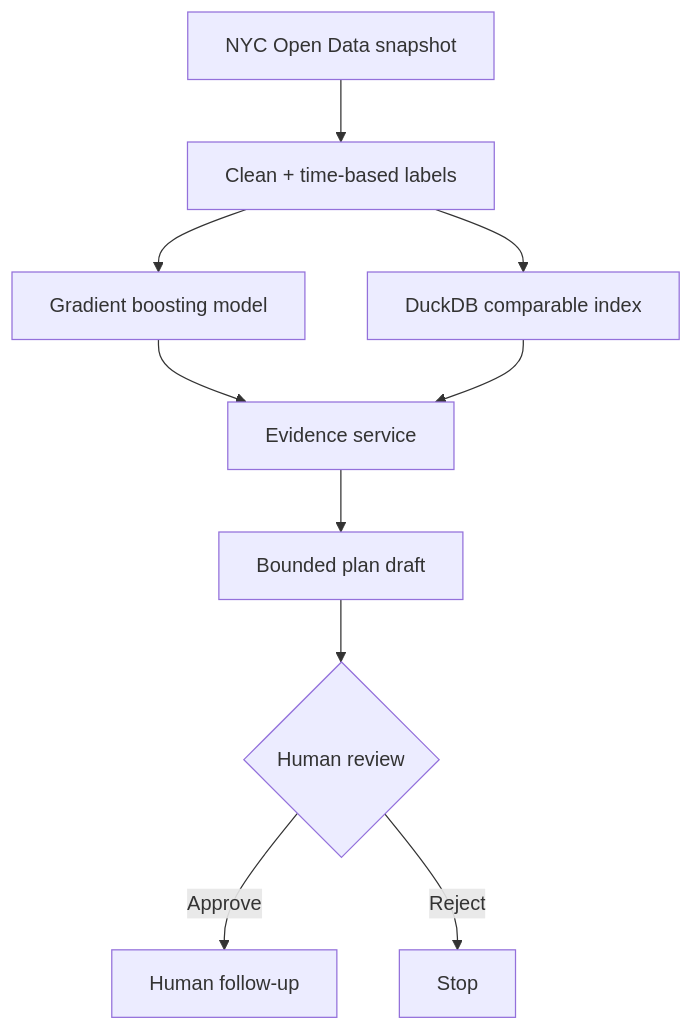
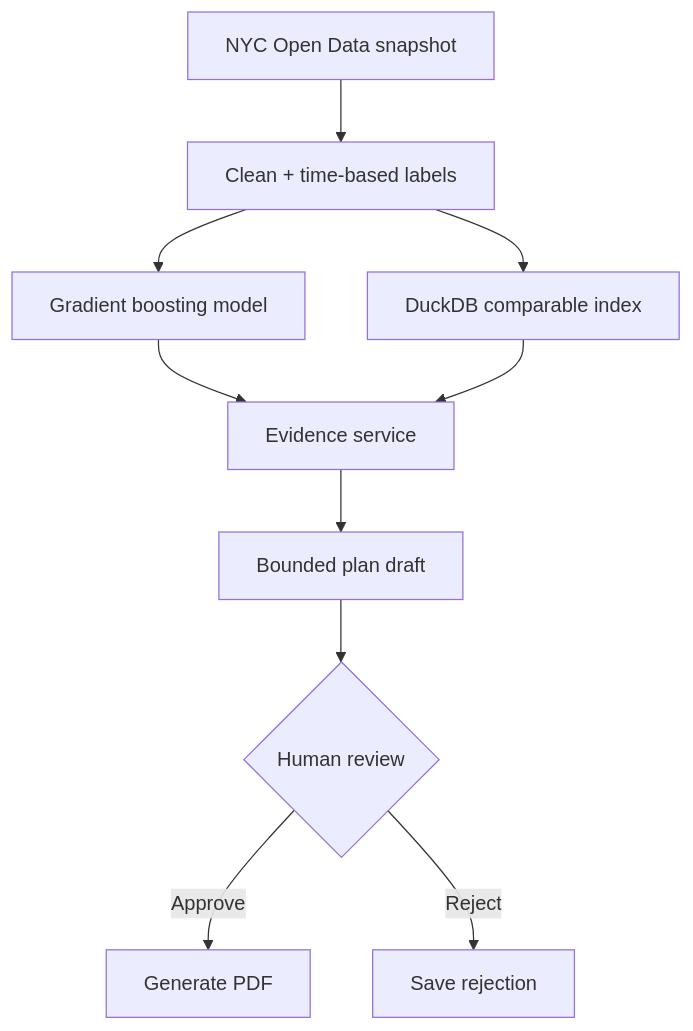
One commit to ivky03/permitpulse-ai changed the diagram in README.md. Above: the diagram before and after it, drawn with Mermaid. The commit also changed other lines of this file and 22 other files, not shown here.

````diff
--- a/README.md
+++ b/README.md
@@ -16,12 +17,12 @@
 ```mermaid
 flowchart TD
     A["NYC Open Data snapshot"] --> B["Clean + time-based labels"]
     B --> C["Gradient boosting model"]
     B --> D["DuckDB comparable index"]
     C --> E["Evidence service"]
     D --> E
     E --> F["Bounded plan draft"]
     F --> G{"Human review"}
-    G -->|Approve| H["Human follow-up"]
-    G -->|Reject| I["Stop"]
+    G -->|Approve| H["Generate PDF"]
+    G -->|Reject| I["Save rejection"]
 ```
````
